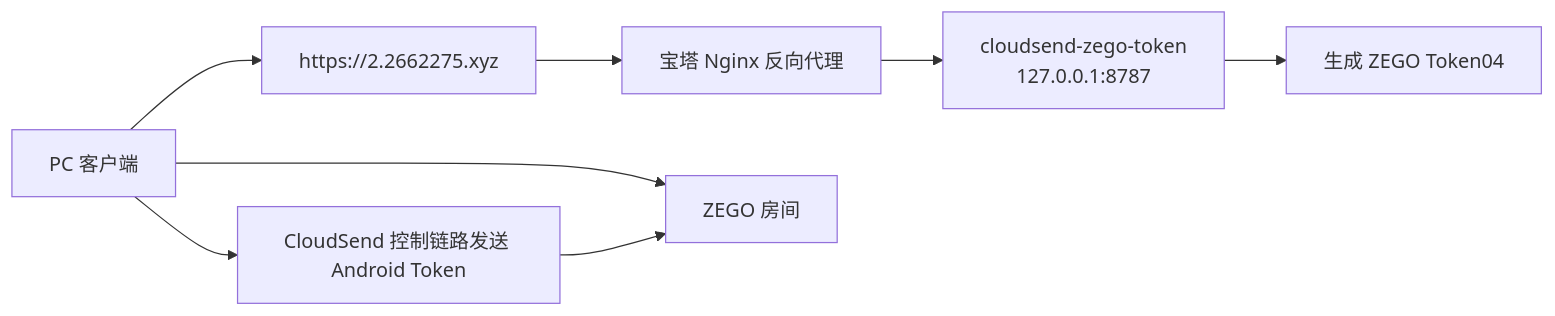
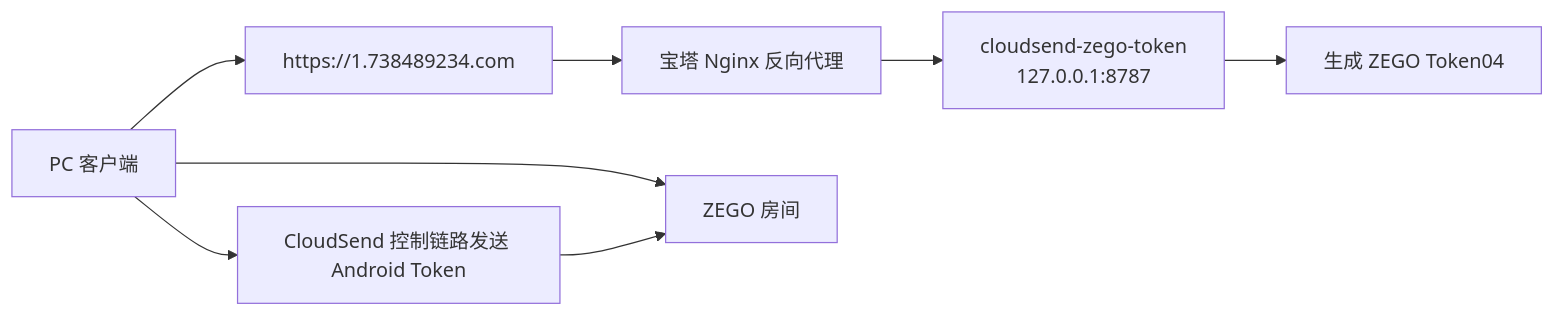
Before and after one commit to Super-Build/Cloudsend: the diagram in docs/ZEGO_TOKEN_SERVICE_DEPLOYMENT.md, drawn with Mermaid. The commit also changed other lines of this file and 4 other files, not shown here.

````diff
--- a/docs/ZEGO_TOKEN_SERVICE_DEPLOYMENT.md
+++ b/docs/ZEGO_TOKEN_SERVICE_DEPLOYMENT.md
@@ -24,10 +24,10 @@
 ```mermaid
 flowchart LR
-    PC["PC 客户端"] --> Domain["https://2.2662275.xyz"]
+    PC["PC 客户端"] --> Domain["https://1.738489234.com"]
     Domain --> Nginx["宝塔 Nginx 反向代理"]
     Nginx --> Go["cloudsend-zego-token<br/>127.0.0.1:8787"]
     Go --> Token["生成 ZEGO Token04"]
     PC --> Android["CloudSend 控制链路发送 Android Token"]
     PC --> Zego["ZEGO 房间"]
     Android --> Zego
 ```
````
